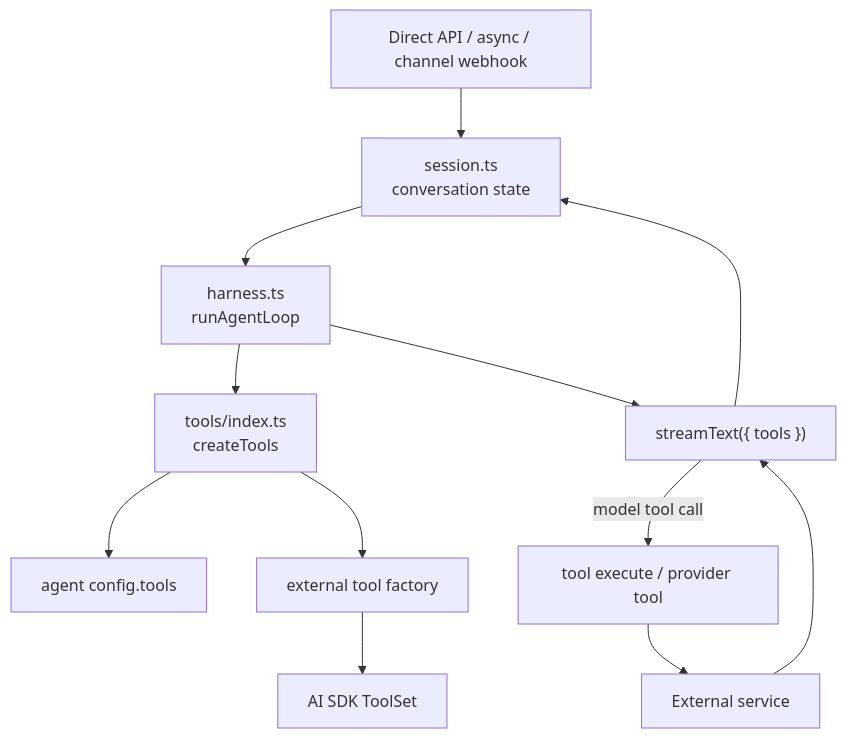
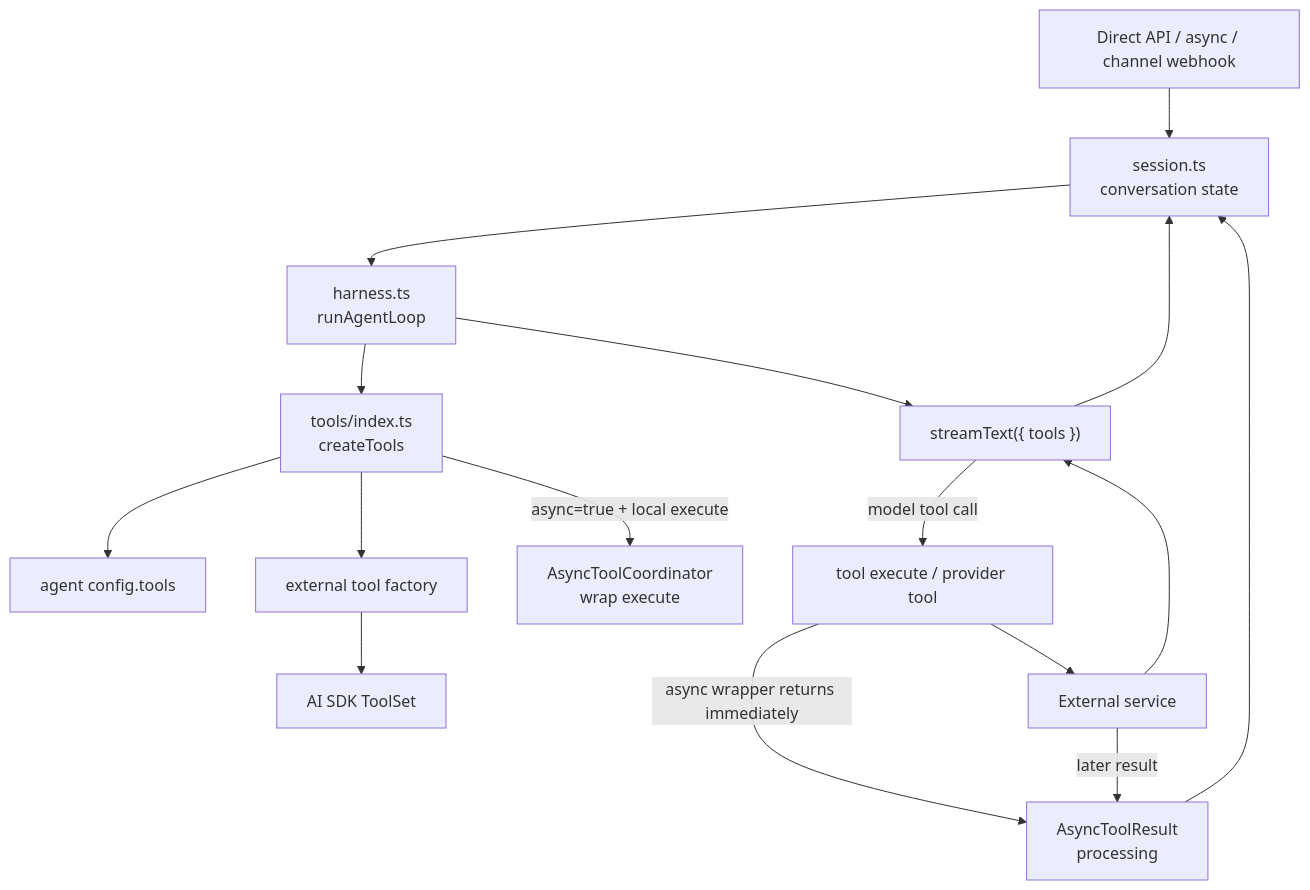
Before and after one commit to beeblastco/broods: the diagram in docs/tools.md, drawn with Mermaid. The commit also changed other lines of this file and 24 other files, not shown here.

````diff
--- a/docs/tools.md
+++ b/docs/tools.md
@@ -7,14 +7,18 @@
 ```mermaid
 flowchart TD
   Request["Direct API / async / channel webhook"] --> Session["session.ts<br/>conversation state"]
   Session --> Harness["harness.ts<br/>runAgentLoop"]
   Harness --> Registry["tools/index.ts<br/>createTools"]
   Registry --> Config["agent config.tools"]
   Registry --> Factory["external tool factory"]
   Factory --> ToolSet["AI SDK ToolSet"]
+  Registry -->|"async=true + local execute"| AsyncWrap["AsyncToolCoordinator<br/>wrap execute"]
   Harness --> Stream["streamText({ tools })"]
   Stream -->|"model tool call"| Execute["tool execute / provider tool"]
   Execute --> External["External service"]
   External --> Stream
+  Execute -->|"async wrapper returns immediately"| Pending["AsyncToolResult<br/>processing"]
+  External -->|"later result"| Pending
+  Pending --> Session
   Stream --> Session
 ```
````
